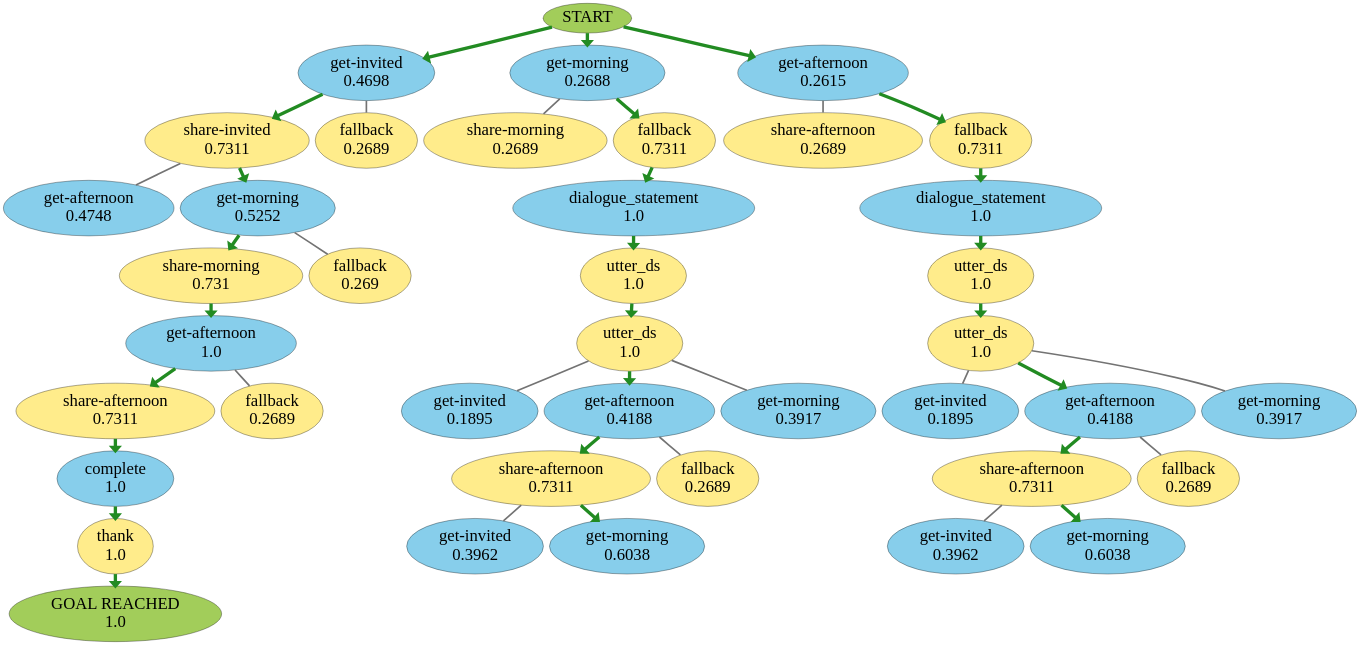
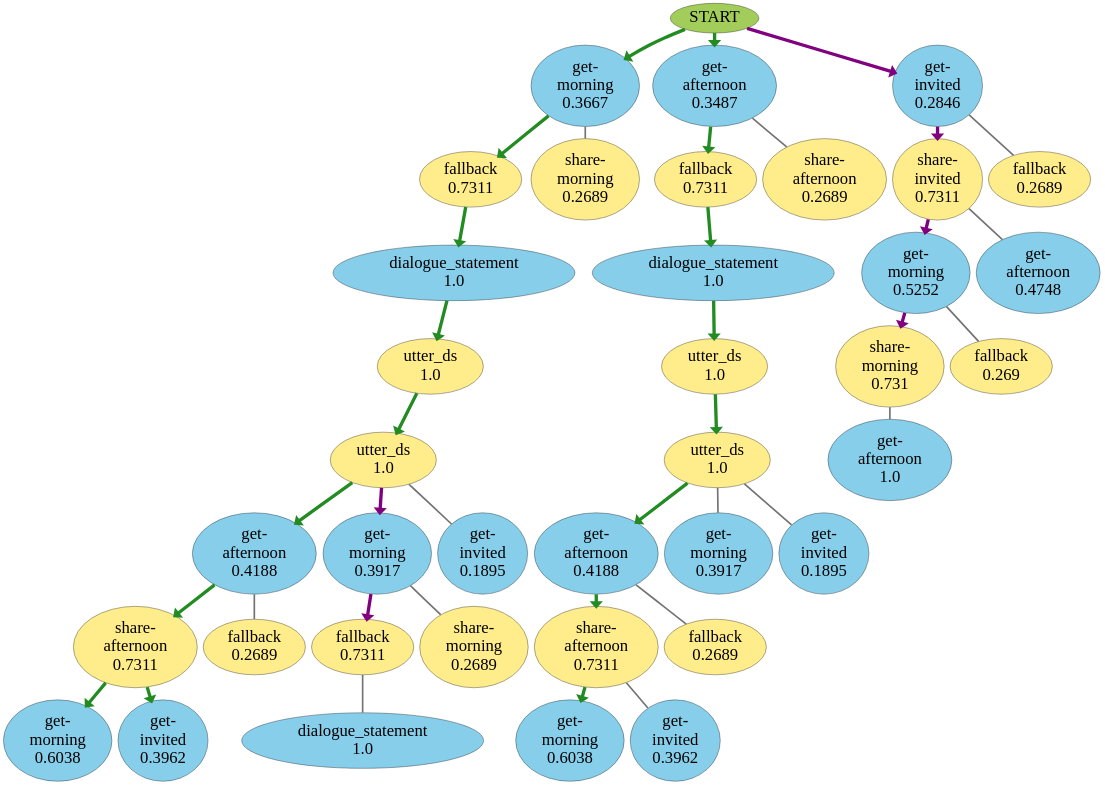
Before and after one commit to IBM/contingent-plan-executor: the diagram in icaps_hi_f.gv, drawn with Graphviz. The commit also changed 11 other files, not shown here.

Commit message:
create new further simplified beam search graphs

```diff
--- a/icaps_hi_f.gv
+++ b/icaps_hi_f.gv
@@ -1,144 +1,161 @@
 strict digraph {
 	0 [label=START fillcolor=darkolivegreen3 fontsize=50 style=filled]
-	1 [label="get-invited
-0.4698" fillcolor=skyblue fontsize=50 style=filled]
+	1 [label="get-
+morning
+0.3667" fillcolor=skyblue fontsize=50 style=filled]
 	0 -> 1 [arrowhead=normal color=purple penwidth=10.0]
-	2 [label="get-morning
-0.2688" fillcolor=skyblue fontsize=50 style=filled]
+	2 [label="get-
+afternoon
+0.3487" fillcolor=skyblue fontsize=50 style=filled]
 	0 -> 2 [arrowhead=normal color=purple penwidth=10.0]
-	3 [label="get-afternoon
-0.2615" fillcolor=skyblue fontsize=50 style=filled]
+	3 [label="get-
+invited
+0.2846" fillcolor=skyblue fontsize=50 style=filled]
 	0 -> 3 [arrowhead=normal color=purple penwidth=10.0]
-	4 [label="share-invited
+	4 [label="fallback
 0.7311" fillcolor=lightgoldenrod1 fontsize=50 style=filled]
 	1 -> 4 [arrowhead=normal color=purple penwidth=10.0]
-	5 [label="fallback
+	5 [label="share-
+morning
 0.2689" fillcolor=lightgoldenrod1 fontsize=50 style=filled]
 	1 -> 5 [arrowhead=none color=grey45 penwidth=5.0]
-	6 [label="share-morning
+	6 [label="fallback
+0.7311" fillcolor=lightgoldenrod1 fontsize=50 style=filled]
+	2 -> 6 [arrowhead=normal color=purple penwidth=10.0]
+	7 [label="share-
+afternoon
 0.2689" fillcolor=lightgoldenrod1 fontsize=50 style=filled]
-	2 -> 6 [arrowhead=none color=grey45 penwidth=5.0]
-	7 [label="fallback
+	2 -> 7 [arrowhead=none color=grey45 penwidth=5.0]
+	8 [label="share-
+invited
 0.7311" fillcolor=lightgoldenrod1 fontsize=50 style=filled]
-	2 -> 7 [arrowhead=normal color=purple penwidth=10.0]
-	8 [label="share-afternoon
+	3 -> 8 [arrowhead=normal color=purple penwidth=10.0]
+	9 [label="fallback
 0.2689" fillcolor=lightgoldenrod1 fontsize=50 style=filled]
-	3 -> 8 [arrowhead=none color=grey45 penwidth=5.0]
-	9 [label="fallback
-0.7311" fillcolor=lightgoldenrod1 fontsize=50 style=filled]
-	3 -> 9 [arrowhead=normal color=purple penwidth=10.0]
-	10 [label="get-afternoon
+	3 -> 9 [arrowhead=none color=grey45 penwidth=5.0]
+	10 [label="dialogue_statement
+1.0" fillcolor=skyblue fontsize=50 style=filled]
+	4 -> 10 [arrowhead=normal color=purple penwidth=10.0]
+	11 [label="dialogue_statement
+1.0" fillcolor=skyblue fontsize=50 style=filled]
+	6 -> 11 [arrowhead=normal color=purple penwidth=10.0]
+	12 [label="get-
+morning
+0.5252" fillcolor=skyblue fontsize=50 style=filled]
+	8 -> 12 [arrowhead=normal color=purple penwidth=10.0]
+	13 [label="get-
+afternoon
 0.4748" fillcolor=skyblue fontsize=50 style=filled]
-	4 -> 10 [arrowhead=none color=grey45 penwidth=5.0]
-	11 [label="get-morning
-0.5252" fillcolor=skyblue fontsize=50 style=filled]
-	4 -> 11 [arrowhead=normal color=purple penwidth=10.0]
-	12 [label="dialogue_statement
-1.0" fillcolor=skyblue fontsize=50 style=filled]
-	7 -> 12 [arrowhead=normal color=purple penwidth=10.0]
-	13 [label="dialogue_statement
-1.0" fillcolor=skyblue fontsize=50 style=filled]
-	9 -> 13 [arrowhead=normal color=purple penwidth=10.0]
+	8 -> 13 [arrowhead=none color=grey45 penwidth=5.0]
 	14 [label="utter_ds
 1.0" fillcolor=lightgoldenrod1 fontsize=50 style=filled]
-	12 -> 14 [arrowhead=normal color=purple penwidth=10.0]
+	10 -> 14 [arrowhead=normal color=purple penwidth=10.0]
 	15 [label="utter_ds
 1.0" fillcolor=lightgoldenrod1 fontsize=50 style=filled]
-	13 -> 15 [arrowhead=normal color=purple penwidth=10.0]
+	11 -> 15 [arrowhead=normal color=purple penwidth=10.0]
 	16 [label="utter_ds
 1.0" fillcolor=lightgoldenrod1 fontsize=50 style=filled]
 	14 -> 16 [arrowhead=normal color=purple penwidth=10.0]
 	17 [label="utter_ds
 1.0" fillcolor=lightgoldenrod1 fontsize=50 style=filled]
 	15 -> 17 [arrowhead=normal color=purple penwidth=10.0]
-	18 [label="share-morning
+	18 [label="share-
+morning
 0.731" fillcolor=lightgoldenrod1 fontsize=50 style=filled]
-	11 -> 18 [arrowhead=normal color=purple penwidth=10.0]
+	12 -> 18 [arrowhead=normal color=purple penwidth=10.0]
 	19 [label="fallback
 0.269" fillcolor=lightgoldenrod1 fontsize=50 style=filled]
-	11 -> 19 [arrowhead=none color=grey45 penwidth=5.0]
-	20 [label="get-invited
+	12 -> 19 [arrowhead=none color=grey45 penwidth=5.0]
+	20 [label="get-
+afternoon
+0.4188" fillcolor=skyblue fontsize=50 style=filled]
+	16 -> 20 [arrowhead=normal color=purple penwidth=10.0]
+	21 [label="get-
+morning
+0.3917" fillcolor=skyblue fontsize=50 style=filled]
+	16 -> 21 [arrowhead=normal color=purple penwidth=10.0]
+	22 [label="get-
+invited
 0.1895" fillcolor=skyblue fontsize=50 style=filled]
-	16 -> 20 [arrowhead=none color=grey45 penwidth=5.0]
-	21 [label="get-afternoon
+	16 -> 22 [arrowhead=none color=grey45 penwidth=5.0]
+	23 [label="get-
+afternoon
 0.4188" fillcolor=skyblue fontsize=50 style=filled]
-	16 -> 21 [arrowhead=normal color=purple penwidth=10.0]
-	22 [label="get-morning
+	17 -> 23 [arrowhead=normal color=purple penwidth=10.0]
+	24 [label="get-
+morning
 0.3917" fillcolor=skyblue fontsize=50 style=filled]
-	16 -> 22 [arrowhead=none color=grey45 penwidth=5.0]
-	23 [label="get-invited
+	17 -> 24 [arrowhead=none color=grey45 penwidth=5.0]
+	25 [label="get-
+invited
 0.1895" fillcolor=skyblue fontsize=50 style=filled]
-	17 -> 23 [arrowhead=none color=grey45 penwidth=5.0]
-	24 [label="get-afternoon
-0.4188" fillcolor=skyblue fontsize=50 style=filled]
-	17 -> 24 [arrowhead=normal color=purple penwidth=10.0]
-	25 [label="get-morning
-0.3917" fillcolor=skyblue fontsize=50 style=filled]
 	17 -> 25 [arrowhead=none color=grey45 penwidth=5.0]
-	26 [label="get-afternoon
+	26 [label="get-
+afternoon
 1.0" fillcolor=skyblue fontsize=50 style=filled]
-	18 -> 26 [arrowhead=normal color=purple penwidth=10.0]
-	27 [label="share-afternoon
+	18 -> 26 [arrowhead=none color=grey45 penwidth=5.0]
+	27 [label="share-
+afternoon
 0.7311" fillcolor=lightgoldenrod1 fontsize=50 style=filled]
-	26 -> 27 [arrowhead=normal color=purple penwidth=10.0]
+	20 -> 27 [arrowhead=normal color=purple penwidth=10.0]
 	28 [label="fallback
 0.2689" fillcolor=lightgoldenrod1 fontsize=50 style=filled]
-	26 -> 28 [arrowhead=none color=grey45 penwidth=5.0]
-	29 [label="share-afternoon
+	20 -> 28 [arrowhead=none color=grey45 penwidth=5.0]
+	29 [label="share-
+afternoon
 0.7311" fillcolor=lightgoldenrod1 fontsize=50 style=filled]
-	21 -> 29 [arrowhead=normal color=purple penwidth=10.0]
+	23 -> 29 [arrowhead=normal color=purple penwidth=10.0]
 	30 [label="fallback
 0.2689" fillcolor=lightgoldenrod1 fontsize=50 style=filled]
-	21 -> 30 [arrowhead=none color=grey45 penwidth=5.0]
-	31 [label="share-afternoon
+	23 -> 30 [arrowhead=none color=grey45 penwidth=5.0]
+	31 [label="fallback
 0.7311" fillcolor=lightgoldenrod1 fontsize=50 style=filled]
-	24 -> 31 [arrowhead=normal color=purple penwidth=10.0]
-	32 [label="fallback
+	21 -> 31 [arrowhead=normal color=purple penwidth=10.0]
+	32 [label="share-
+morning
 0.2689" fillcolor=lightgoldenrod1 fontsize=50 style=filled]
-	24 -> 32 [arrowhead=none color=grey45 penwidth=5.0]
-	33 [label="complete
-1.0" fillcolor=skyblue fontsize=50 style=filled]
+	21 -> 32 [arrowhead=none color=grey45 penwidth=5.0]
+	33 [label="get-
+morning
+0.6038" fillcolor=skyblue fontsize=50 style=filled]
 	27 -> 33 [arrowhead=normal color=purple penwidth=10.0]
-	34 [label="get-invited
+	34 [label="get-
+invited
 0.3962" fillcolor=skyblue fontsize=50 style=filled]
-	29 -> 34 [arrowhead=none color=grey45 penwidth=5.0]
-	35 [label="get-morning
+	27 -> 34 [arrowhead=normal color=purple penwidth=10.0]
+	35 [label="get-
+morning
 0.6038" fillcolor=skyblue fontsize=50 style=filled]
 	29 -> 35 [arrowhead=normal color=purple penwidth=10.0]
-	36 [label="get-invited
+	36 [label="get-
+invited
 0.3962" fillcolor=skyblue fontsize=50 style=filled]
-	31 -> 36 [arrowhead=none color=grey45 penwidth=5.0]
-	37 [label="get-morning
-0.6038" fillcolor=skyblue fontsize=50 style=filled]
-	31 -> 37 [arrowhead=normal color=purple penwidth=10.0]
-	38 [label="thank
-1.0" fillcolor=lightgoldenrod1 fontsize=50 style=filled]
-	33 -> 38 [arrowhead=normal color=purple penwidth=10.0]
-	39 [label="GOAL REACHED
-1.0" fillcolor=darkolivegreen3 fontsize=50 style=filled]
-	38 -> 39 [color=forestgreen penwidth=10.0]
+	29 -> 36 [arrowhead=none color=grey45 penwidth=5.0]
+	37 [label="dialogue_statement
+1.0" fillcolor=skyblue fontsize=50 style=filled]
+	31 -> 37 [arrowhead=none color=grey45 penwidth=5.0]
 	0 -> 1 [arrowhead=normal color=forestgreen penwidth=10.0]
 	1 -> 4 [arrowhead=normal color=forestgreen penwidth=10.0]
-	4 -> 11 [arrowhead=normal color=forestgreen penwidth=10.0]
-	11 -> 18 [arrowhead=normal color=forestgreen penwidth=10.0]
-	18 -> 26 [arrowhead=normal color=forestgreen penwidth=10.0]
-	26 -> 27 [arrowhead=normal color=forestgreen penwidth=10.0]
+	4 -> 10 [arrowhead=normal color=forestgreen penwidth=10.0]
+	10 -> 14 [arrowhead=normal color=forestgreen penwidth=10.0]
+	14 -> 16 [arrowhead=normal color=forestgreen penwidth=10.0]
+	16 -> 20 [arrowhead=normal color=forestgreen penwidth=10.0]
+	20 -> 27 [arrowhead=normal color=forestgreen penwidth=10.0]
 	27 -> 33 [arrowhead=normal color=forestgreen penwidth=10.0]
-	33 -> 38 [arrowhead=normal color=forestgreen penwidth=10.0]
 	0 -> 2 [arrowhead=normal color=forestgreen penwidth=10.0]
-	2 -> 7 [arrowhead=normal color=forestgreen penwidth=10.0]
-	7 -> 12 [arrowhead=normal color=forestgreen penwidth=10.0]
-	12 -> 14 [arrowhead=normal color=forestgreen penwidth=10.0]
+	2 -> 6 [arrowhead=normal color=forestgreen penwidth=10.0]
+	6 -> 11 [arrowhead=normal color=forestgreen penwidth=10.0]
+	11 -> 15 [arrowhead=normal color=forestgreen penwidth=10.0]
+	15 -> 17 [arrowhead=normal color=forestgreen penwidth=10.0]
+	17 -> 23 [arrowhead=normal color=forestgreen penwidth=10.0]
+	23 -> 29 [arrowhead=normal color=forestgreen penwidth=10.0]
+	29 -> 35 [arrowhead=normal color=forestgreen penwidth=10.0]
+	0 -> 1 [arrowhead=normal color=forestgreen penwidth=10.0]
+	1 -> 4 [arrowhead=normal color=forestgreen penwidth=10.0]
+	4 -> 10 [arrowhead=normal color=forestgreen penwidth=10.0]
+	10 -> 14 [arrowhead=normal color=forestgreen penwidth=10.0]
 	14 -> 16 [arrowhead=normal color=forestgreen penwidth=10.0]
-	16 -> 21 [arrowhead=normal color=forestgreen penwidth=10.0]
-	21 -> 29 [arrowhead=normal color=forestgreen penwidth=10.0]
-	29 -> 35 [arrowhead=normal color=forestgreen penwidth=10.0]
-	0 -> 3 [arrowhead=normal color=forestgreen penwidth=10.0]
-	3 -> 9 [arrowhead=normal color=forestgreen penwidth=10.0]
-	9 -> 13 [arrowhead=normal color=forestgreen penwidth=10.0]
-	13 -> 15 [arrowhead=normal color=forestgreen penwidth=10.0]
-	15 -> 17 [arrowhead=normal color=forestgreen penwidth=10.0]
-	17 -> 24 [arrowhead=normal color=forestgreen penwidth=10.0]
-	24 -> 31 [arrowhead=normal color=forestgreen penwidth=10.0]
-	31 -> 37 [arrowhead=normal color=forestgreen penwidth=10.0]
+	16 -> 20 [arrowhead=normal color=forestgreen penwidth=10.0]
+	20 -> 27 [arrowhead=normal color=forestgreen penwidth=10.0]
+	27 -> 34 [arrowhead=normal color=forestgreen penwidth=10.0]
 }
```
